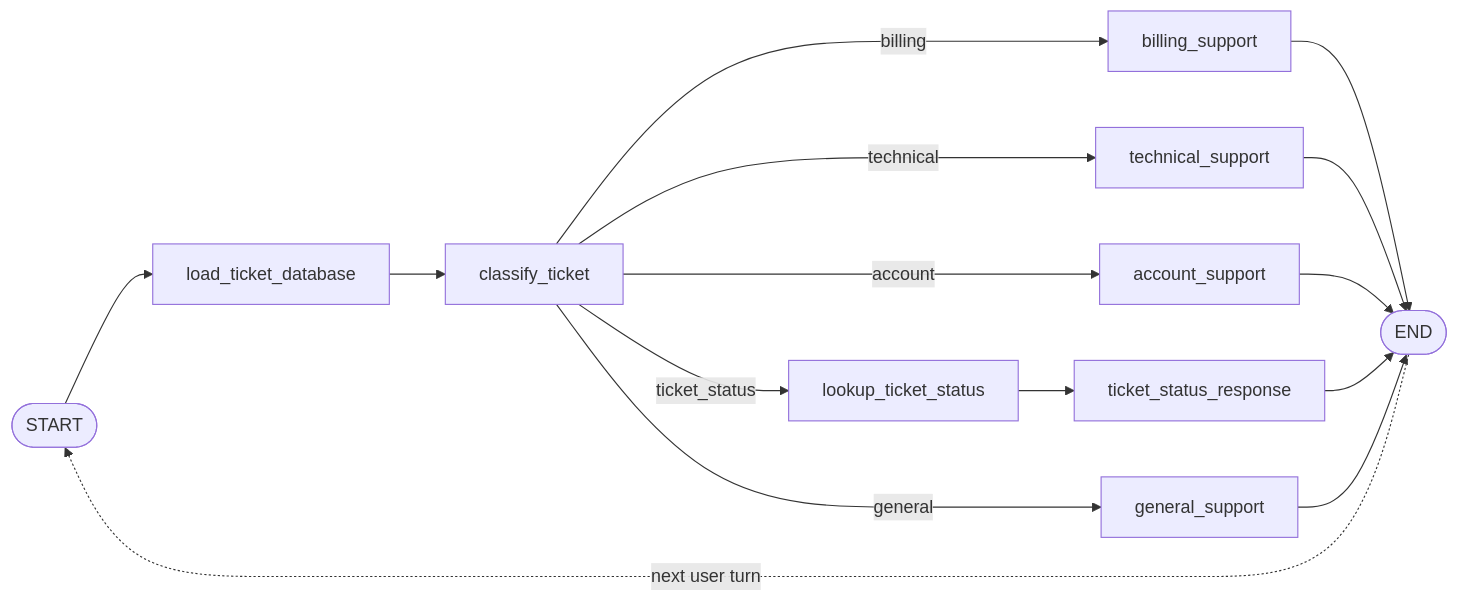
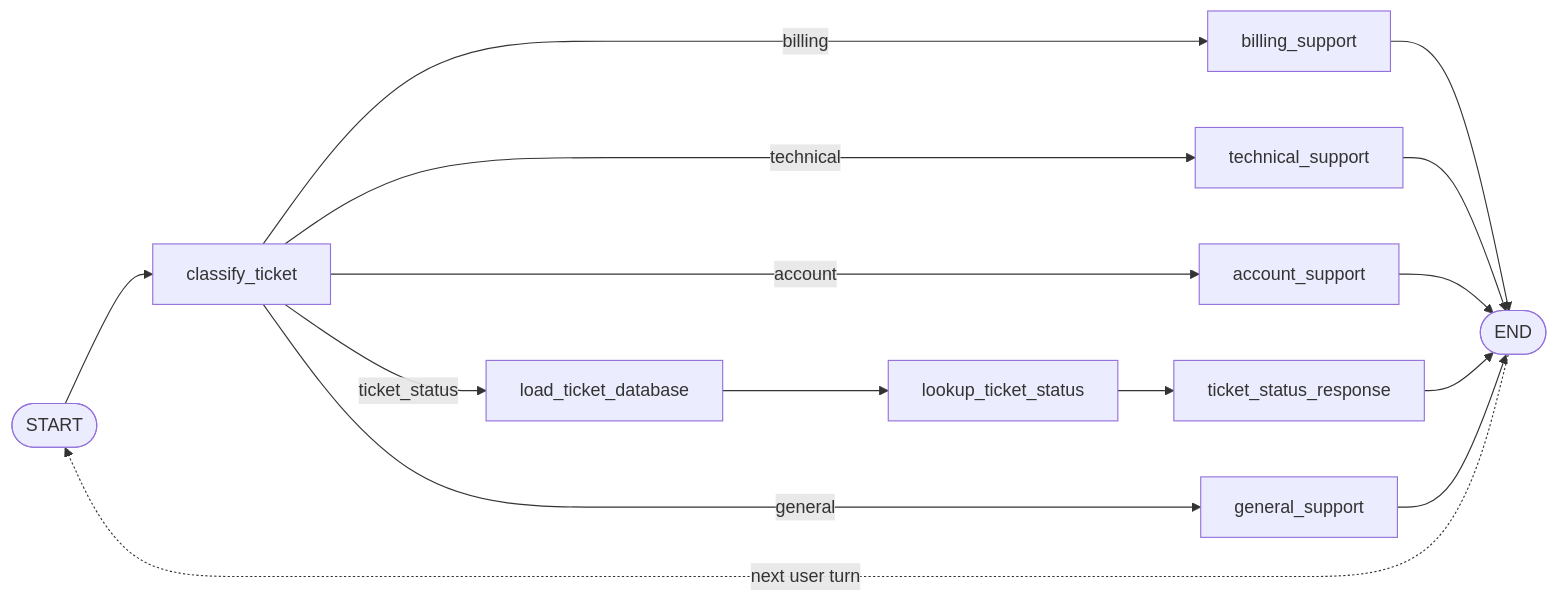
Before and after one commit to mveron/langgraph-support-intent-chatbot: the diagram in README.md, drawn with Mermaid. The commit also changed other lines of this file and 7 other files, not shown here.

Commit message:
perf: load tickets only for status route

````diff
--- a/README.md
+++ b/README.md
@@ -14,17 +14,17 @@
 ```mermaid
 flowchart LR
-    START([START]) --> load_ticket_database[load_ticket_database]
-    load_ticket_database --> classify_ticket[classify_ticket]
+    START([START]) --> classify_ticket[classify_ticket]
     classify_ticket -->|billing| billing_support[billing_support]
     classify_ticket -->|technical| technical_support[technical_support]
     classify_ticket -->|account| account_support[account_support]
-    classify_ticket -->|ticket_status| lookup_ticket_status[lookup_ticket_status]
+    classify_ticket -->|ticket_status| load_ticket_database[load_ticket_database]
     classify_ticket -->|general| general_support[general_support]
     billing_support --> END([END])
     technical_support --> END
     account_support --> END
+    load_ticket_database --> lookup_ticket_status[lookup_ticket_status]
     lookup_ticket_status --> ticket_status_response[ticket_status_response]
     ticket_status_response --> END
     general_support --> END
     END -. next user turn .-> START
 ```
````
